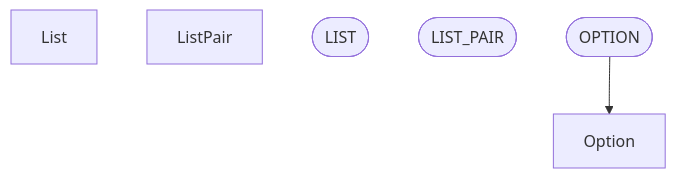
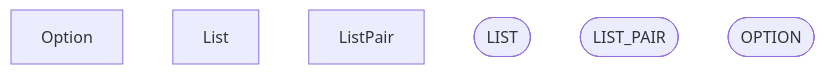
The fourth of 9 diagrams in docs/generated/basis/depends.md (ruudkoot/rune), drawn with Mermaid before and after one commit. The commit also changed other lines of this file and 8 other files, not shown here.

````diff
--- a/docs/generated/basis/depends.md
+++ b/docs/generated/basis/depends.md
@@ -110,10 +111,9 @@
 ```mermaid
 flowchart TD
   n3["Option"]
   n4["List"]
   n5["ListPair"]
-  n103(["LIST"])
-  n104(["LIST_PAIR"])
-  n109(["OPTION"])
-  n109 --> n3
+  n113(["LIST"])
+  n114(["LIST_PAIR"])
+  n119(["OPTION"])
 ```
````
